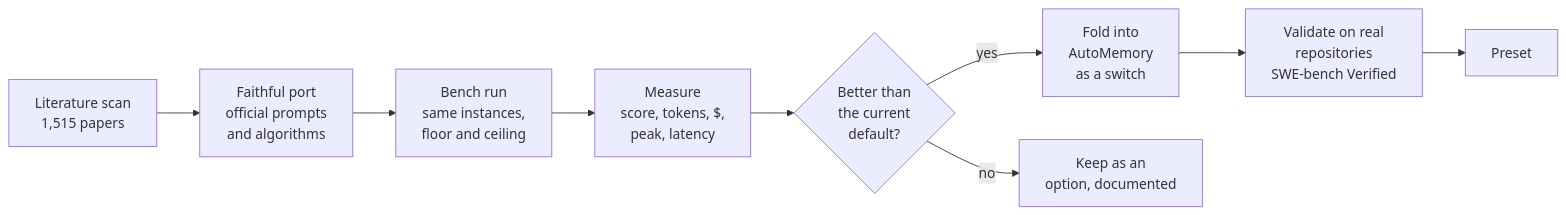
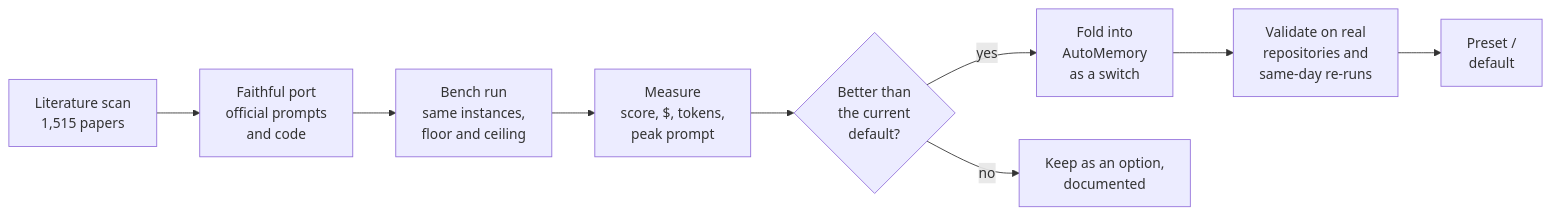
The third of 3 diagrams in README.md (GaryTang32/Efficient-Agent-Memory), drawn with Mermaid before and after one commit. The commit also changed other lines of this file and 5 other files, not shown here.

````diff
--- a/README.md
+++ b/README.md
@@ -505,11 +217,11 @@
 ```mermaid
 flowchart LR
-    L[Literature scan<br/>1,515 papers] --> F[Faithful port<br/>official prompts<br/>and algorithms]
+    L[Literature scan<br/>1,515 papers] --> F[Faithful port<br/>official prompts<br/>and code]
     F --> B[Bench run<br/>same instances,<br/>floor and ceiling]
-    B --> M[Measure<br/>score, tokens, $,<br/>peak, latency]
+    B --> M[Measure<br/>score, $, tokens,<br/>peak prompt]
     M --> D{Better than<br/>the current<br/>default?}
     D -- yes --> A[Fold into<br/>AutoMemory<br/>as a switch]
-    D -- no --> N[Keep as an<br/>option, documented]
-    A --> V[Validate on real<br/>repositories<br/>SWE-bench Verified]
-    V --> P[Preset]
+    D -- no --> N[Keep as an option,<br/>documented]
+    A --> V[Validate on real<br/>repositories and<br/>same-day re-runs]
+    V --> P[Preset /<br/>default]
 ```
````
